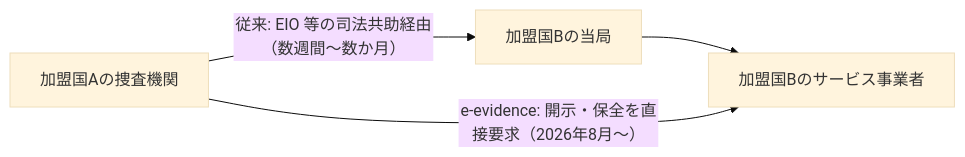
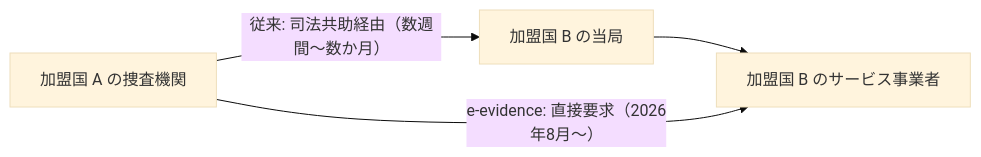
Before and after one commit to SomaTomita/sec-prep: the diagram in topics/07_legal/02_cybercrime-and-ip.md, drawn with Mermaid (base theme). The commit also changed other lines of this file and 4 other files, not shown here.

````diff
--- a/topics/07_legal/02_cybercrime-and-ip.md
+++ b/topics/07_legal/02_cybercrime-and-ip.md
@@ -73,6 +49,6 @@
 ```mermaid
 flowchart LR
-    A["加盟国Aの捜査機関"] -->|"従来: EIO 等の司法共助経由（数週間〜数か月）"| B["加盟国Bの当局"]
-    B --> P["加盟国Bのサービス事業者"]
-    A -->|"e-evidence: 開示・保全を直接要求（2026年8月〜）"| P
+    A["加盟国 A の捜査機関"] -->|"従来: 司法共助経由（数週間〜数か月）"| B["加盟国 B の当局"]
+    B --> P["加盟国 B のサービス事業者"]
+    A -->|"e-evidence: 直接要求（2026年8月〜）"| P
 ```
````
